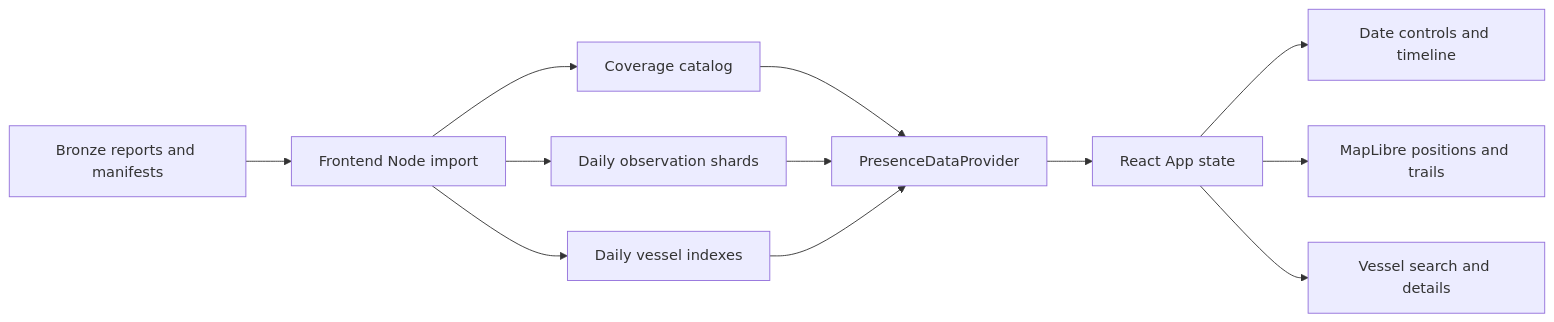
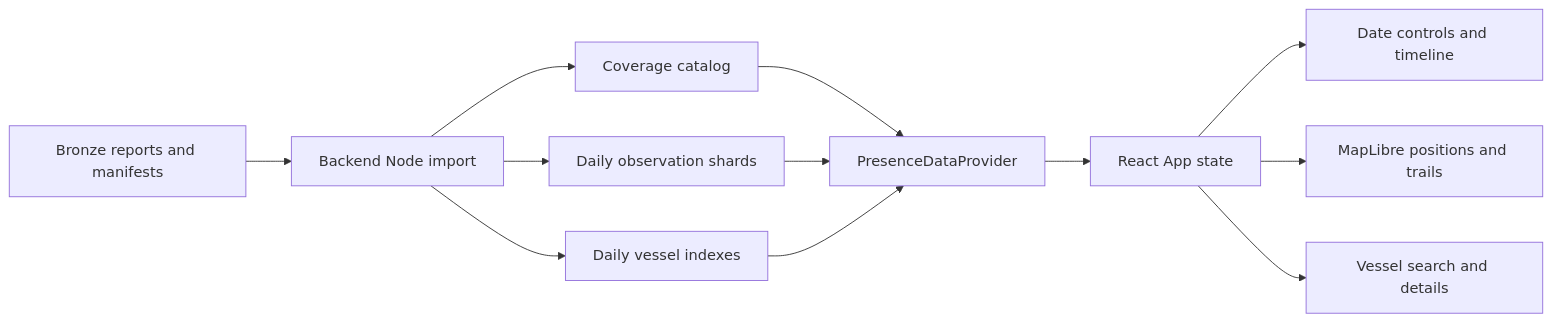
The diagram in code/backend/DATA_FLOW.md (aywang71/DNHacks_2026), drawn with Mermaid before and after one commit. The commit also changed other lines of this file and 16 other files, not shown here.

````diff
--- a/code/backend/DATA_FLOW.md
+++ b/code/backend/DATA_FLOW.md
@@ -5,14 +5,14 @@
 ```mermaid
 flowchart LR
-    B[Bronze reports and manifests] --> I[Frontend Node import]
+    B[Bronze reports and manifests] --> I[Backend Node import]
     I --> C[Coverage catalog]
     I --> D[Daily observation shards]
     I --> V[Daily vessel indexes]
     C --> P[PresenceDataProvider]
     D --> P
     V --> P
     P --> A[React App state]
     A --> T[Date controls and timeline]
     A --> M[MapLibre positions and trails]
     A --> S[Vessel search and details]
 ```
````
